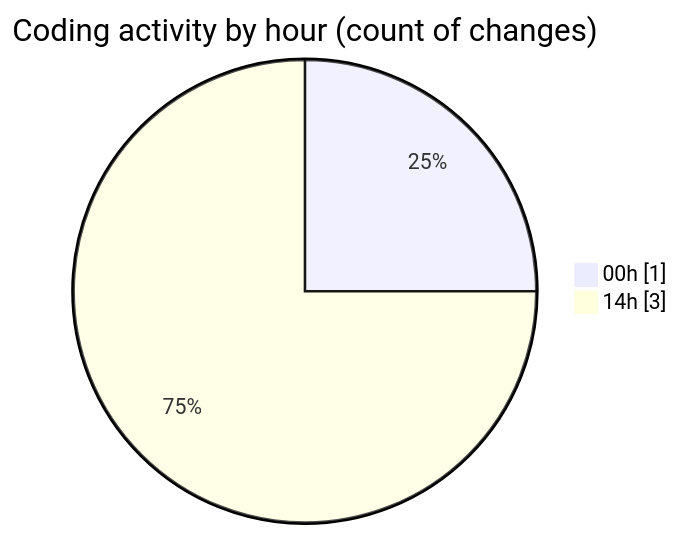
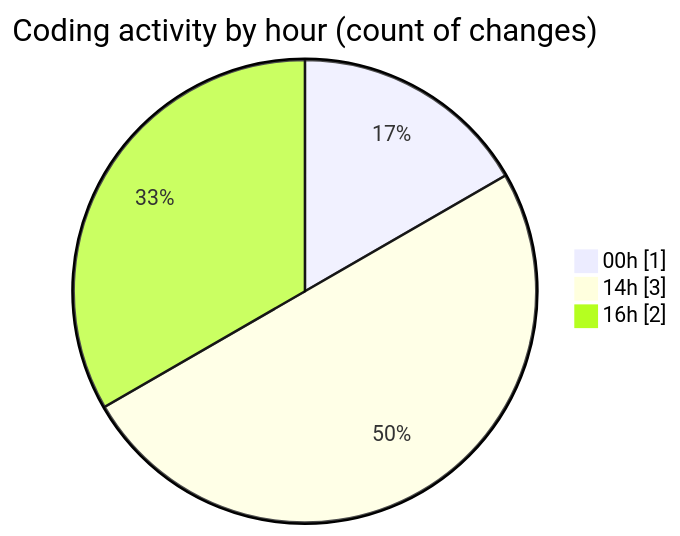
Before and after one commit to JenPaints/code-tracking: the second of 2 diagrams in 2025-06-26/archive/README.md, drawn with Mermaid. The commit also changed other lines of this file and 1 other file, not shown here.

````diff
--- a/2025-06-26/archive/README.md
+++ b/2025-06-26/archive/README.md
@@ -32,6 +32,7 @@
 ```mermaid
 pie showData
 title Coding activity by hour (count of changes)
 "00h" : 1
 "14h" : 3
+"16h" : 2
 ```
````
